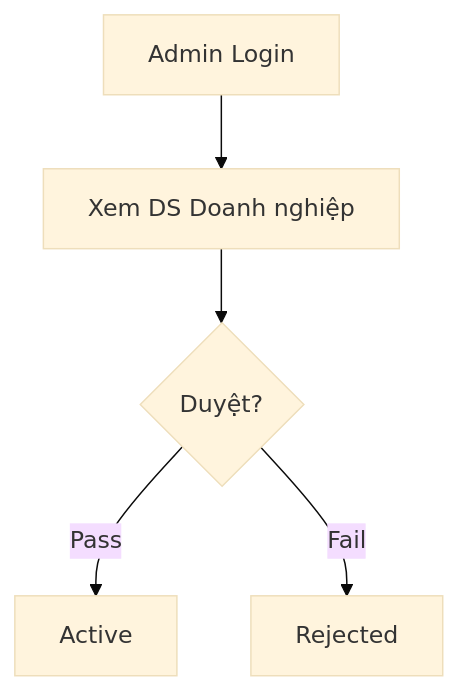
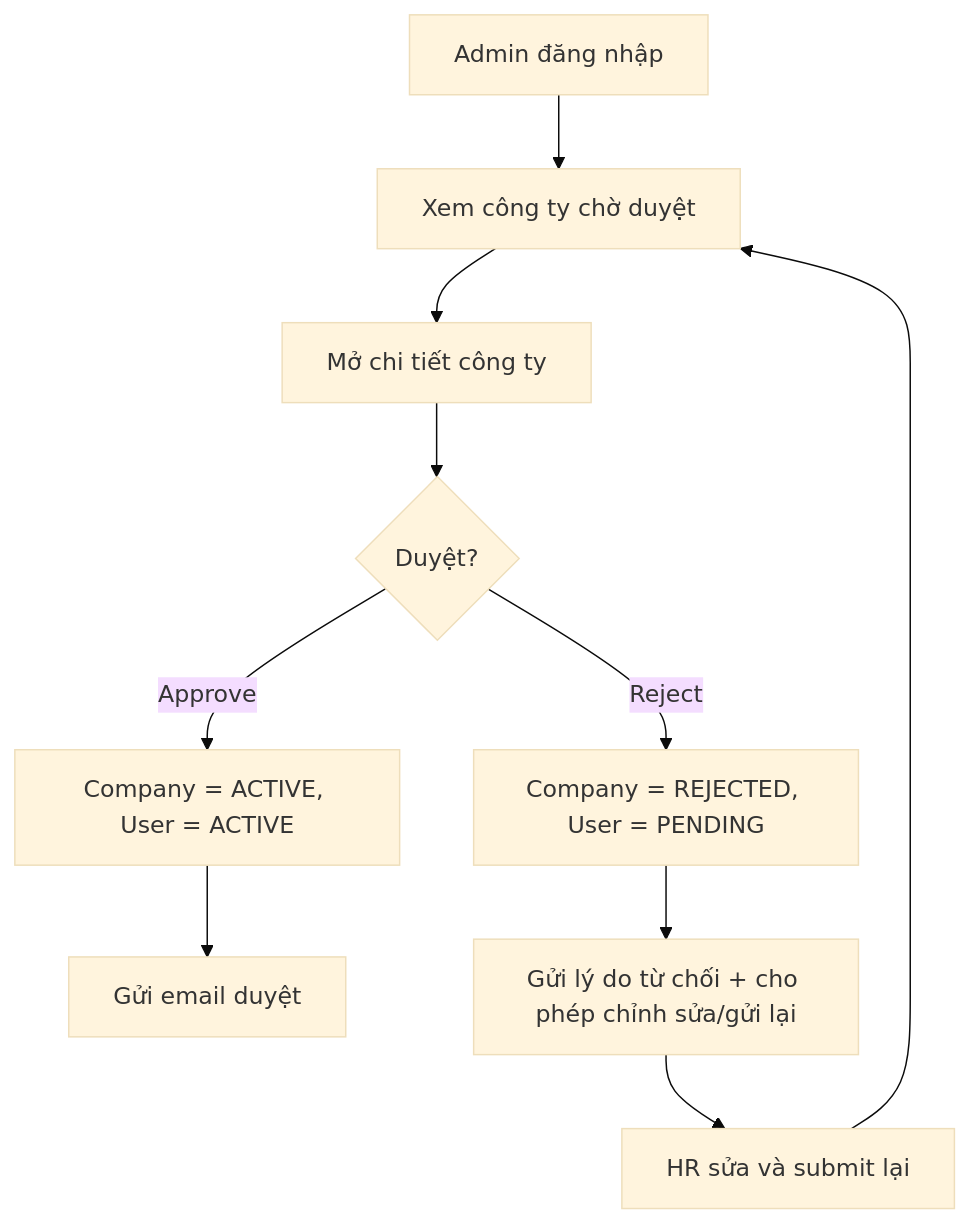
Before and after one commit to VanHaPtit/EasyTech_FE: the diagram in nghiep_vu/epic-02_Admin_Area/brief.md, drawn with Mermaid (base theme). The commit also changed other lines of this file and 227 other files, not shown here.

````diff
--- a/nghiep_vu/epic-02_Admin_Area/brief.md
+++ b/nghiep_vu/epic-02_Admin_Area/brief.md
@@ -12,7 +21,12 @@
 ```mermaid
 graph TD
-  A[Admin Login] --> B[Xem DS Doanh nghiệp]
-  B --> C{Duyệt?}
-  C -- Pass --> D[Active]
-  C -- Fail --> E[Rejected]
+  A[Admin đăng nhập] --> B[Xem công ty chờ duyệt]
+  B --> C[Mở chi tiết công ty]
+  C --> D{Duyệt?}
+  D -- Approve --> E[Company = ACTIVE, User = ACTIVE]
+  E --> F[Gửi email duyệt]
+  D -- Reject --> G[Company = REJECTED, User = PENDING]
+  G --> H[Gửi lý do từ chối + cho phép chỉnh sửa/gửi lại]
+  H --> I[HR sửa và submit lại]
+  I --> B
 ```
````
